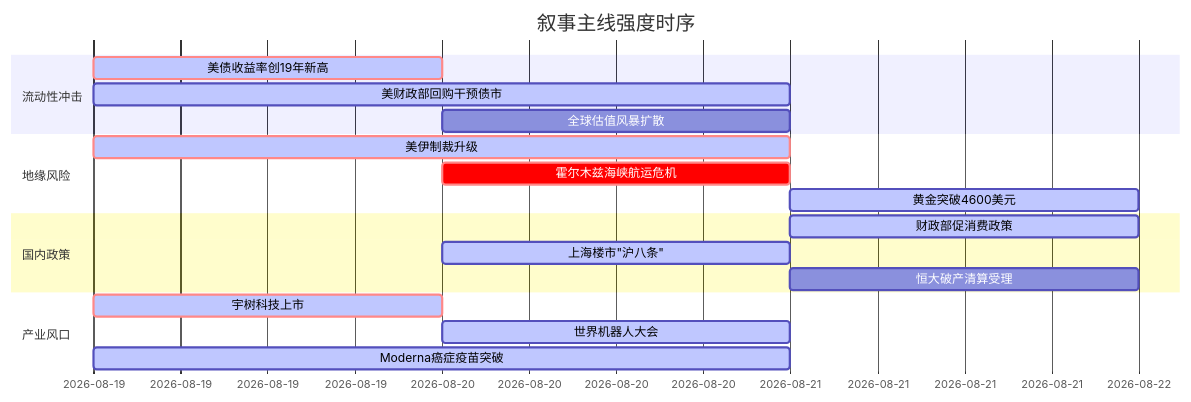
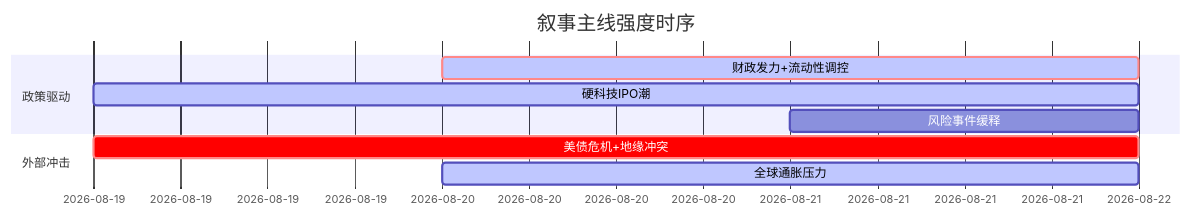
One commit to uu5zn/uu5zn.github.io changed the diagram in 5day_report.md. Above: the diagram before and after it, drawn with Mermaid. The commit also changed other lines of this file and 4 other files, not shown here.

````diff
--- a/5day_report.md
+++ b/5day_report.md
@@ -86,24 +58,13 @@
 ```mermaid
 gantt
     title 叙事主线强度时序
     dateFormat YYYY-MM-DD
-    section 流动性冲击
-    美债收益率创19年新高   :crit, active, 2026-08-19, 1d
-    美财政部回购干预债市   :active, 2026-08-19, 2d
-    全球估值风暴扩散       :2026-08-20, 1d
+    section 政策驱动
+    财政发力+流动性调控   :crit, active, 2026-08-20, 2d
+    硬科技IPO潮          :active, 2026-08-19, 3d
+    风险事件缓释         :2026-08-21, 1d
     
-    section 地缘风险
-    美伊制裁升级           :crit, active, 2026-08-19, 2d
-    霍尔木兹海峡航运危机   :crit, 2026-08-20, 1d
-    黄金突破4600美元       :active, 2026-08-21, 1d
-    
-    section 国内政策
-    财政部促消费政策       :active, 2026-08-21, 1d
-    上海楼市"沪八条"       :active, 2026-08-20, 1d
-    恒大破产清算受理       :2026-08-21, 1d
-    
-    section 产业风口
-    宇树科技上市           :crit, active, 2026-08-19, 1d
-    世界机器人大会         :active, 2026-08-20, 1d
-    Moderna癌症疫苗突破    :active, 2026-08-19, 2d
+    section 外部冲击
+    美债危机+地缘冲突     :crit, 2026-08-19, 3d
+    全球通胀压力         :active, 2026-08-20, 2d
 ```
````
